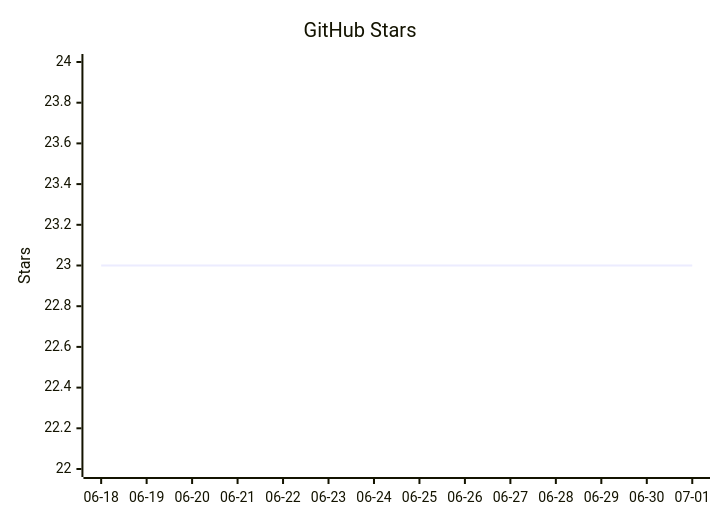
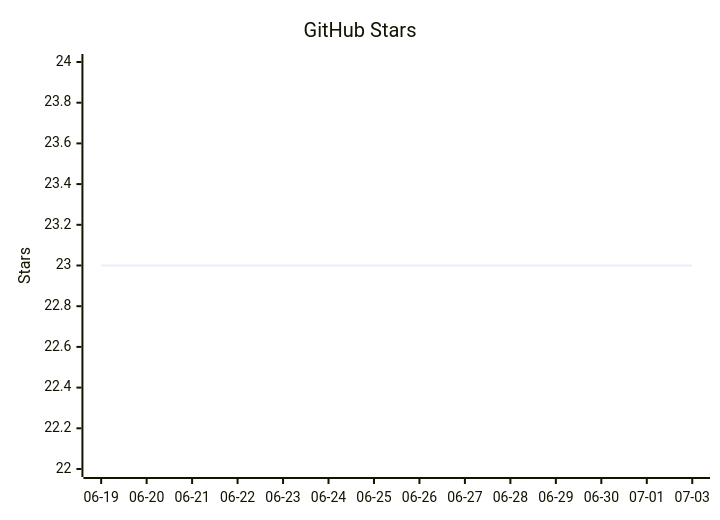
The diagram in README.mbt.md (vectie/moonclaw), drawn with Mermaid before and after one commit. The commit also changed other lines of this file and 1 other file, not shown here.

Commit message:
Update README star growth

````diff
--- a/README.mbt.md
+++ b/README.mbt.md
@@ -616,7 +616,7 @@
 ```mermaid
 xychart-beta
     title "GitHub Stars"
-    x-axis ["06-18","06-19","06-20","06-21","06-22","06-23","06-24","06-25","06-26","06-27","06-28","06-29","06-30","07-01"]
+    x-axis ["06-19","06-20","06-21","06-22","06-23","06-24","06-25","06-26","06-27","06-28","06-29","06-30","07-01","07-03"]
     y-axis "Stars" 22 --> 24
     line [23,23,23,23,23,23,23,23,23,23,23,23,23,23]
 ```
````
